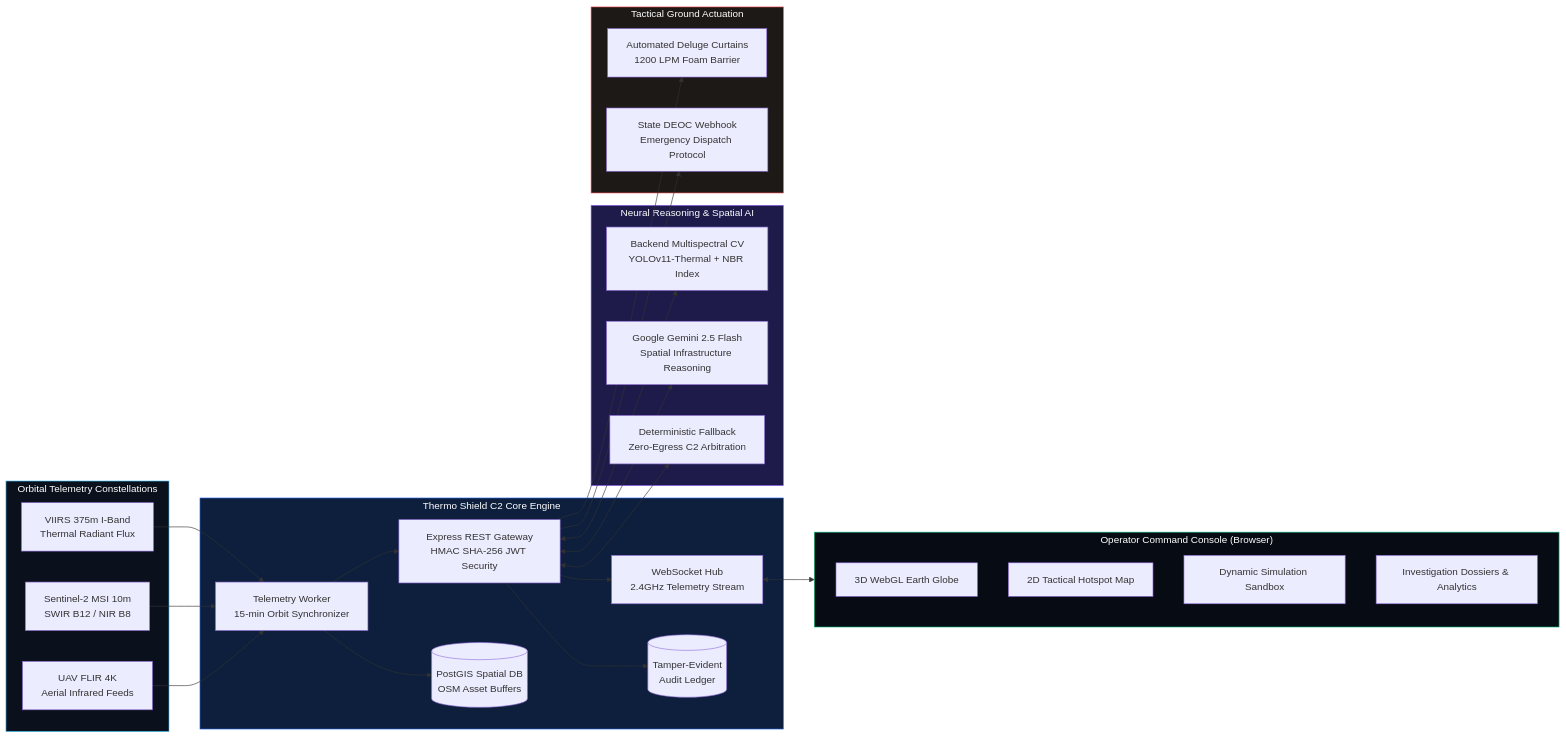
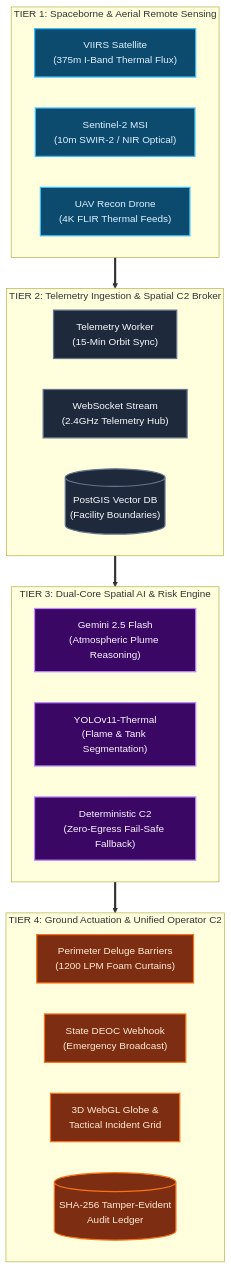
One commit to krtx17/Thermo_Shield_AI changed the first of 4 diagrams in README.md. Above: the diagram before and after it, drawn with Mermaid. The commit also changed other lines of this file, not shown here.

Commit message:
docs: redesign diagrams with high-contrast theme, non-overlapping nodes, 4-tier hierarchy, and closed-loop containment cycle

````diff
--- a/README.md
+++ b/README.md
@@ -72,47 +72,45 @@
 ```mermaid
-flowchart LR
-    subgraph Spaceborne["Orbital Telemetry Constellations"]
-        S1[VIIRS 375m I-Band<br/>Thermal Radiant Flux]
-        S2[Sentinel-2 MSI 10m<br/>SWIR B12 / NIR B8]
-        S3[UAV FLIR 4K<br/>Aerial Infrared Feeds]
+flowchart TD
+    subgraph T1["TIER 1: Spaceborne & Aerial Remote Sensing"]
+        direction LR
+        S1["VIIRS Satellite<br/>(375m I-Band Thermal Flux)"]
+        S2["Sentinel-2 MSI<br/>(10m SWIR-2 / NIR Optical)"]
+        S3["UAV Recon Drone<br/>(4K FLIR Thermal Feeds)"]
     end
 
-    subgraph DefenseCore["Thermo Shield C2 Core Engine"]
-        W[Telemetry Worker<br/>15-min Orbit Synchronizer]
-        WS[WebSocket Hub<br/>2.4GHz Telemetry Stream]
-        API[Express REST Gateway<br/>HMAC SHA-256 JWT Security]
-        PG[(PostGIS Spatial DB<br/>OSM Asset Buffers)]
-        LEDGER[(Tamper-Evident<br/>Audit Ledger)]
+    subgraph T2["TIER 2: Telemetry Ingestion & Spatial C2 Broker"]
+        direction LR
+        W["Telemetry Worker<br/>(15-Min Orbit Sync)"]
+        WS["WebSocket Stream<br/>(2.4GHz Telemetry Hub)"]
+        DB[("PostGIS Vector DB<br/>(Facility Boundaries)")]
     end
 
-    subgraph NeuralAI["Neural Reasoning & Spatial AI"]
-        CV[Backend Multispectral CV<br/>YOLOv11-Thermal + NBR Index]
-        GEMINI[Google Gemini 2.5 Flash<br/>Spatial Infrastructure Reasoning]
-        HEUR[Deterministic Fallback<br/>Zero-Egress C2 Arbitration]
+    subgraph T3["TIER 3: Dual-Core Spatial AI & Risk Engine"]
+        direction LR
+        AI1["Gemini 2.5 Flash<br/>(Atmospheric Plume Reasoning)"]
+        AI2["YOLOv11-Thermal<br/>(Flame & Tank Segmentation)"]
+        AI3["Deterministic C2<br/>(Zero-Egress Fail-Safe Fallback)"]
     end
 
-    subgraph Actuation["Tactical Ground Actuation"]
-        DELUGE[Automated Deluge Curtains<br/>1200 LPM Foam Barrier]
-        DEOC[State DEOC Webhook<br/>Emergency Dispatch Protocol]
+    subgraph T4["TIER 4: Ground Actuation & Unified Operator C2"]
+        direction LR
+        ACT1["Perimeter Deluge Barriers<br/>(1200 LPM Foam Curtains)"]
+        ACT2["State DEOC Webhook<br/>(Emergency Broadcast)"]
+        UI["3D WebGL Globe &<br/>Tactical Incident Grid"]
+        LEDGER[("SHA-256 Tamper-Evident<br/>Audit Ledger")]
     end
 
-    subgraph C2UI["Operator Command Console (Browser)"]
-        UI1[3D WebGL Earth Globe]
-        UI2[2D Tactical Hotspot Map]
-        UI3[Dynamic Simulation Sandbox]
-        UI4[Investigation Dossiers & Analytics]
-    end
+    T1 ==> T2
+    T2 ==> T3
+    T3 ==> T4
 
-    S1 & S2 & S3 --> W
-    W --> API & PG
-    API <--> CV & GEMINI & HEUR
-    API --> WS
-    WS <--> C2UI
-    API --> DELUGE & DEOC & LEDGER
+    classDef space fill:#0c4a6e,stroke:#38bdf8,stroke-width:2px,color:#e0f2fe;
+    classDef broker fill:#1e293b,stroke:#64748b,stroke-width:2px,color:#f8fafc;
+    classDef ai fill:#3b0764,stroke:#c084fc,stroke-width:2px,color:#faf5ff;
+    classDef action fill:#7c2d12,stroke:#f97316,stroke-width:2px,color:#ffedd5;
 
-    style Spaceborne fill:#0B101D,stroke:#38BDF8,color:#FFFFFF
-    style DefenseCore fill:#0D1F3C,stroke:#2563EB,color:#FFFFFF
-    style NeuralAI fill:#1E1B4B,stroke:#8B5CF6,color:#FFFFFF
-    style Actuation fill:#1C1917,stroke:#EF4444,color:#FFFFFF
-    style C2UI fill:#070B14,stroke:#10B981,color:#FFFFFF
+    class S1,S2,S3 space;
+    class W,WS,DB broker;
+    class AI1,AI2,AI3 ai;
+    class ACT1,ACT2,UI,LEDGER action;
 ```
````
